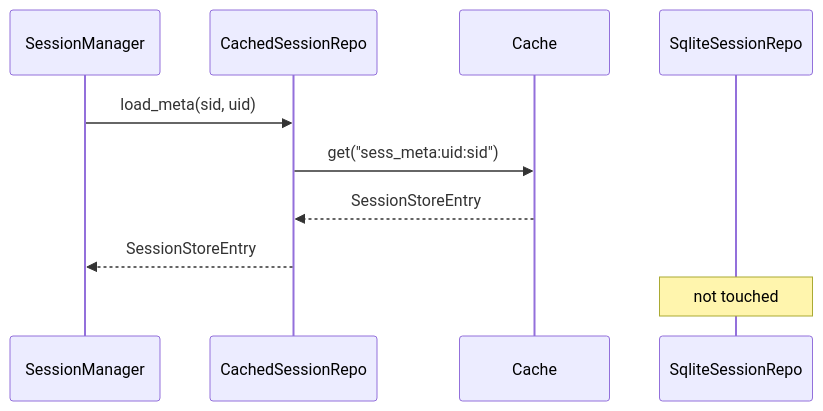
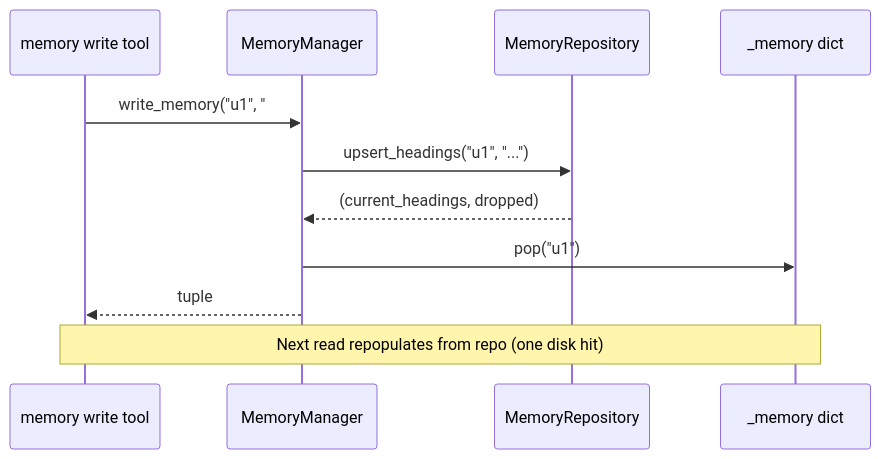
The ninth of 13 diagrams in docs/architecture-c4.md (YU-JI-KUI/ark-agentic), drawn with Mermaid before and after one commit. The commit also changed other lines of this file, not shown here.

First line of the commit message:
docs: refresh C4 diagrams for cache removal + per-feature DeclarativeBase

````diff
--- a/docs/architecture-c4.md
+++ b/docs/architecture-c4.md
@@ -495,13 +412,15 @@
 ```mermaid
 sequenceDiagram
-    participant SM as SessionManager
-    participant CSR as CachedSessionRepo
-    participant Cache
-    participant Sqlite as SqliteSessionRepo
+    participant Tool as memory write tool
+    participant MM as MemoryManager
+    participant Repo as MemoryRepository
+    participant Mem as _memory dict
 
-    SM->>CSR: load_meta(sid, uid)
-    CSR->>Cache: get("sess_meta:uid:sid")
-    Cache-->>CSR: SessionStoreEntry
-    CSR-->>SM: SessionStoreEntry
-    Note over Sqlite: not touched
+    Tool->>MM: write_memory("u1", "## new\n...")
+    MM->>Repo: upsert_headings("u1", "...")
+    Repo-->>MM: (current_headings, dropped)
+    MM->>Mem: pop("u1")
+    MM-->>Tool: tuple
+
+    Note over Tool,Mem: Next read repopulates from repo (one disk hit)
 ```
````
